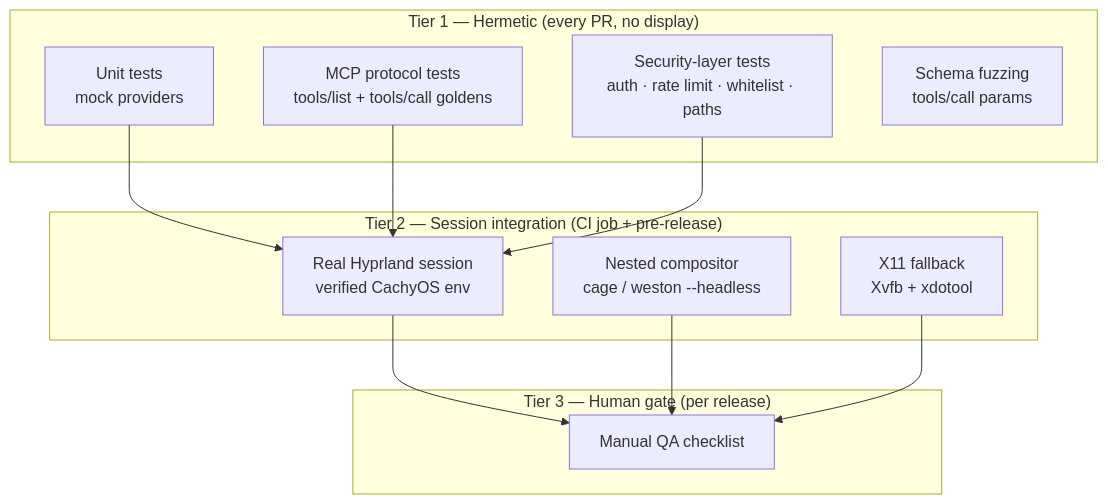
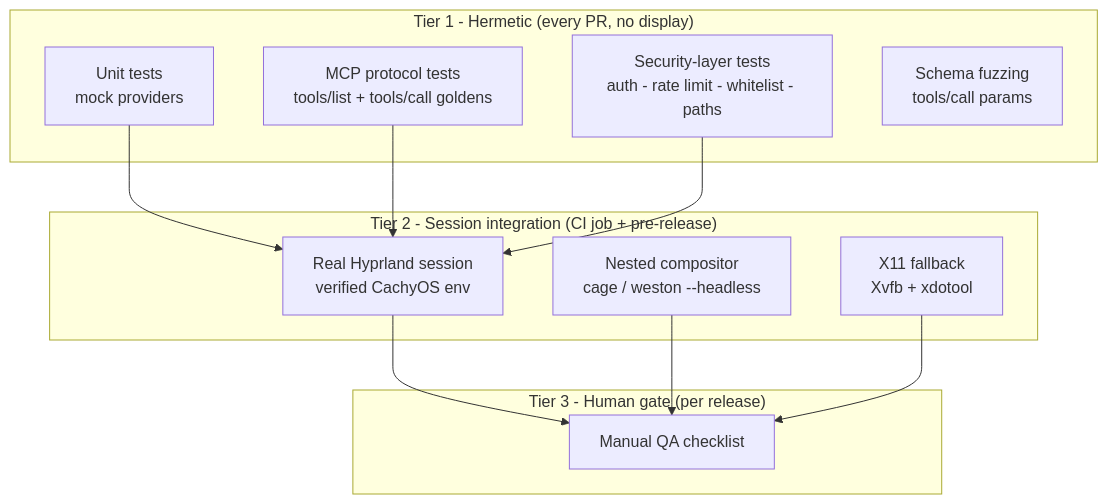
One commit to jxoesneon/ultranix-mcp changed the diagram in docs/TESTING_STRATEGY.md. Above: the diagram before and after it, drawn with Mermaid. The commit also changed other lines of this file and 111 other files, not shown here.

````diff
--- a/docs/TESTING_STRATEGY.md
+++ b/docs/TESTING_STRATEGY.md
@@ -17,26 +17,26 @@
 ```mermaid
 graph TB
-    subgraph "Tier 1 — Hermetic (every PR, no display)"
+    subgraph "Tier 1 - Hermetic (every PR, no display)"
         UNIT[Unit tests<br/>mock providers]
         PROTO[MCP protocol tests<br/>tools/list + tools/call goldens]
-        SEC[Security-layer tests<br/>auth · rate limit · whitelist · paths]
+        SEC[Security-layer tests<br/>auth - rate limit - whitelist - paths]
         FUZZ[Schema fuzzing<br/>tools/call params]
     end
 
-    subgraph "Tier 2 — Session integration (CI job + pre-release)"
+    subgraph "Tier 2 - Session integration (CI job + pre-release)"
         HYPR[Real Hyprland session<br/>verified CachyOS env]
         NESTED[Nested compositor<br/>cage / weston --headless]
         XVFB["X11 fallback<br/>Xvfb + xdotool"]
     end
 
-    subgraph "Tier 3 — Human gate (per release)"
+    subgraph "Tier 3 - Human gate (per release)"
         QA[Manual QA checklist]
     end
 
     UNIT --> HYPR
     PROTO --> HYPR
     SEC --> HYPR
     HYPR --> QA
     NESTED --> QA
     XVFB --> QA
 ```
````
